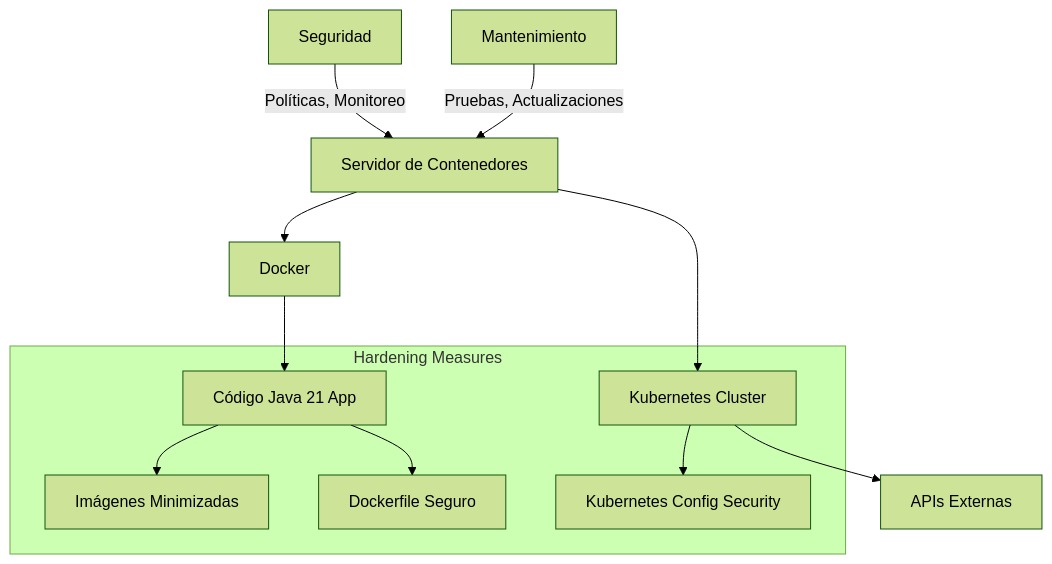
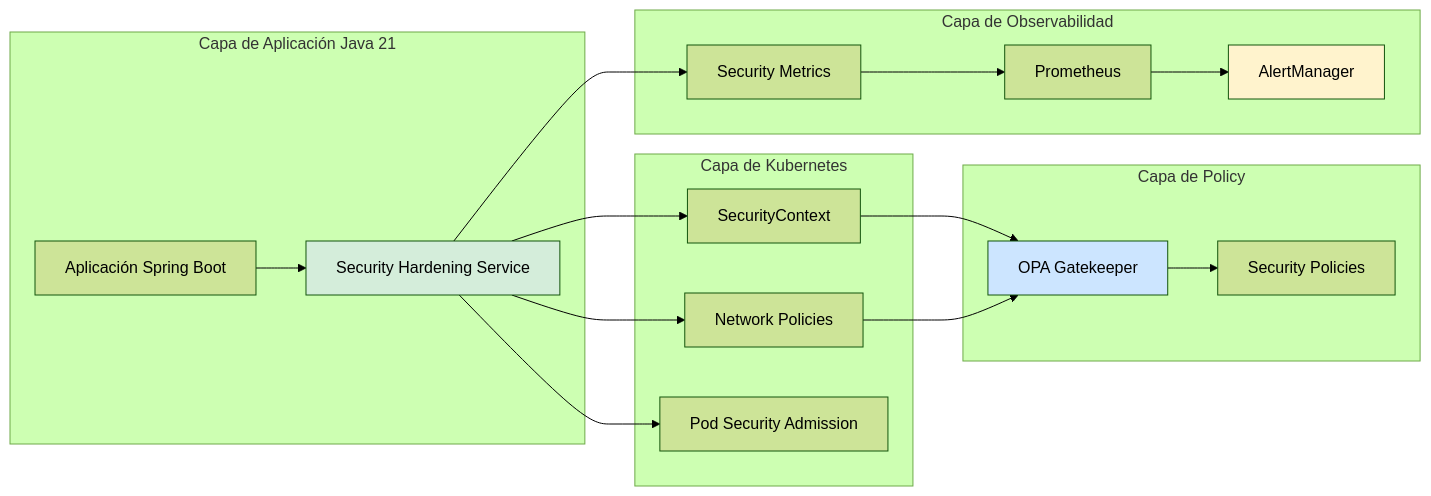
Before and after one commit to Joaquinriosheredia/DAM-Java-Mastery: the second of 3 diagrams in _Review/hardening_de_contenedores_docker_y_kubernetes/hardening_de_contenedores_docker_y_kubernetes.md, drawn with Mermaid (forest theme). The commit also changed other lines of this file, not shown here.

Commit message:
hardening_de_contenedores_docker_y_kubernetes.md

````diff
--- a/_Review/hardening_de_contenedores_docker_y_kubernetes/hardening_de_contenedores_docker_y_kubernetes.md
+++ b/_Review/hardening_de_contenedores_docker_y_kubernetes/hardening_de_contenedores_docker_y_kubernetes.md
@@ -754,15 +158,39 @@
 ```mermaid
-graph TD
-    A[Servidor de Contenedores] --> B[Docker]
-    A --> C[Kubernetes Cluster]
-    B --> D[Código Java 21 App]
-    C --> E[APIs Externas]
-    F[Seguridad] -- "Políticas, Monitoreo" --> A
-    G[Mantenimiento] -- "Pruebas, Actualizaciones" --> A
-
-    subgraph Hardening Measures
-        D --> H[Imágenes Minimizadas]
-        D --> I[Dockerfile Seguro]
-        C --> J[Kubernetes Config Security]
+graph LR
+    subgraph "Capa de Aplicación Java 21"
+        APP[Aplicación Spring Boot]
+        SEC[Security Hardening Service]
     end
+    
+    subgraph "Capa de Kubernetes"
+        SC[SecurityContext]
+        NP[Network Policies]
+        PSA[Pod Security Admission]
+    end
+    
+    subgraph "Capa de Observabilidad"
+        MET[Security Metrics]
+        PROM[Prometheus]
+        ALERT[AlertManager]
+    end
+    
+    subgraph "Capa de Policy"
+        OPA[OPA Gatekeeper]
+        POL[Security Policies]
+    end
+    
+    APP --> SEC
+    SEC --> SC
+    SEC --> NP
+    SEC --> PSA
+    SEC --> MET
+    MET --> PROM
+    PROM --> ALERT
+    SC --> OPA
+    NP --> OPA
+    OPA --> POL
+    
+    style SEC fill:#d4edda
+    style OPA fill:#cce5ff
+    style ALERT fill:#fff3cd
 ```
````
